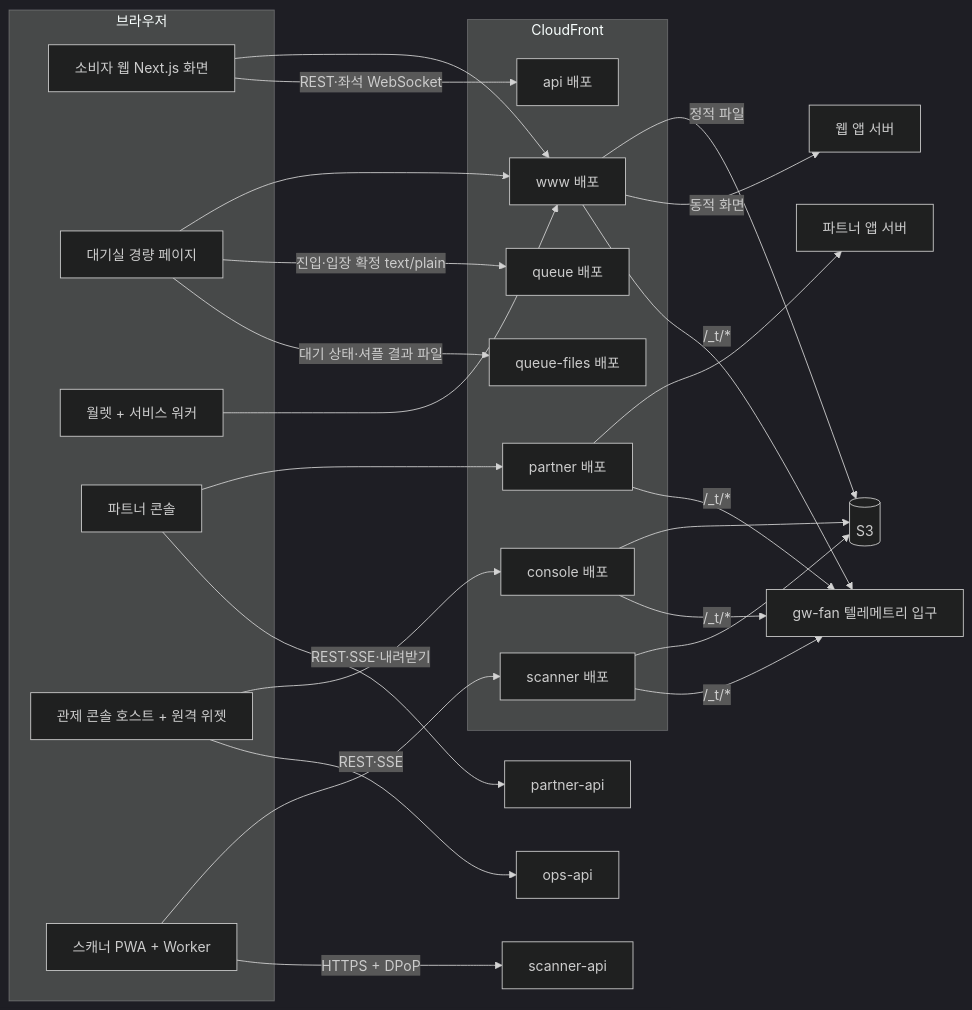
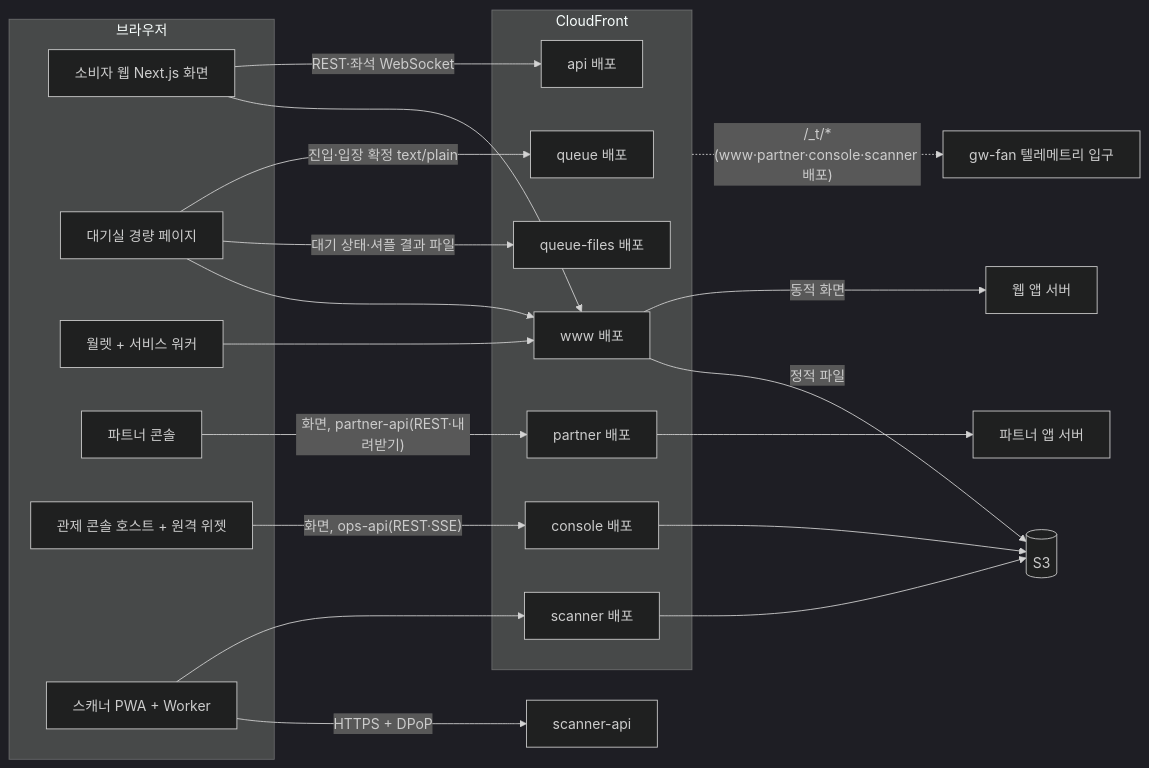
One commit to peaket/peaket changed the first of 2 diagrams in docs/frontend.md. Above: the diagram before and after it, drawn with Mermaid (dark theme). The commit also changed other lines of this file and 101 other files, not shown here.

````diff
--- a/docs/frontend.md
+++ b/docs/frontend.md
@@ -172,41 +172,36 @@
 ```mermaid
 flowchart LR
   subgraph B[브라우저]
     W[소비자 웹 Next.js 화면]
     QR[대기실 경량 페이지]
     WL[월렛 + 서비스 워커]
     P[파트너 콘솔]
     C[관제 콘솔 호스트 + 원격 위젯]
     S[스캐너 PWA + Worker]
   end
   subgraph E[CloudFront]
+    EQ[queue 배포]
+    EF[queue-files 배포]
+    EA[api 배포]
     EW[www 배포]
     EP[partner 배포]
     EC[console 배포]
     ES[scanner 배포]
-    EQ[queue 배포]
-    EF[queue-files 배포]
-    EA[api 배포]
   end
+  QR -->|진입·입장 확정 text/plain| EQ
+  QR -->|대기 상태·셔플 결과 파일| EF
+  W -->|REST·좌석 WebSocket| EA
   W --> EW
   QR --> EW
   WL --> EW
-  P --> EP
-  C --> EC
+  P -->|"화면, partner-api(REST·내려받기)"| EP
+  C -->|"화면, ops-api(REST·SSE)"| EC
   S --> ES
-  QR -->|진입·입장 확정 text/plain| EQ
-  QR -->|대기 상태·셔플 결과 파일| EF
-  W -->|REST·좌석 WebSocket| EA
-  P -->|REST·SSE·내려받기| PAPI[partner-api]
-  C -->|REST·SSE| OAPI[ops-api]
   S -->|HTTPS + DPoP| SAPI[scanner-api]
-  EW -->|정적 파일| S3[(S3)]
   EW -->|동적 화면| WAS[웹 앱 서버]
   EP --> PAS[파트너 앱 서버]
+  EW -->|정적 파일| S3[(S3)]
   EC --> S3
   ES --> S3
-  EW -->|/_t/*| T[gw-fan 텔레메트리 입구]
-  EP -->|/_t/*| T
-  EC -->|/_t/*| T
-  ES -->|/_t/*| T
+  E -.->|"/_t/*(www·partner·console·scanner 배포)"| T[gw-fan 텔레메트리 입구]
 ```
````
